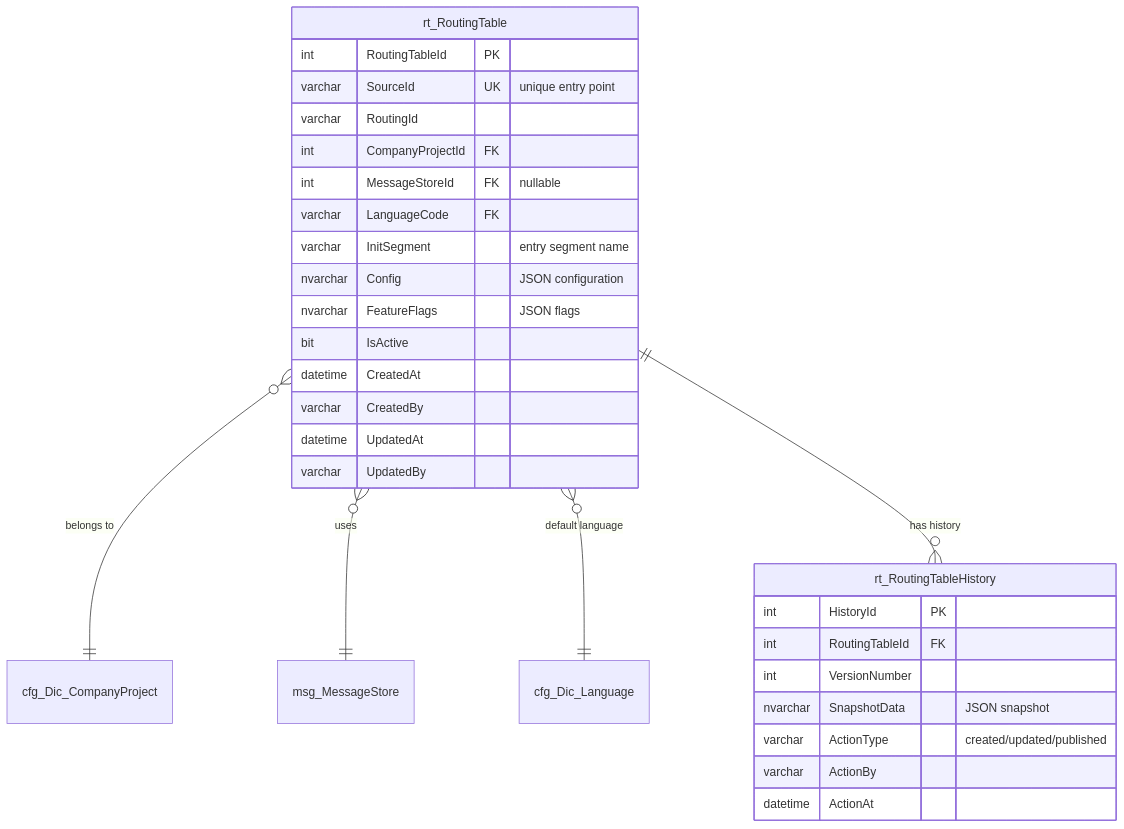
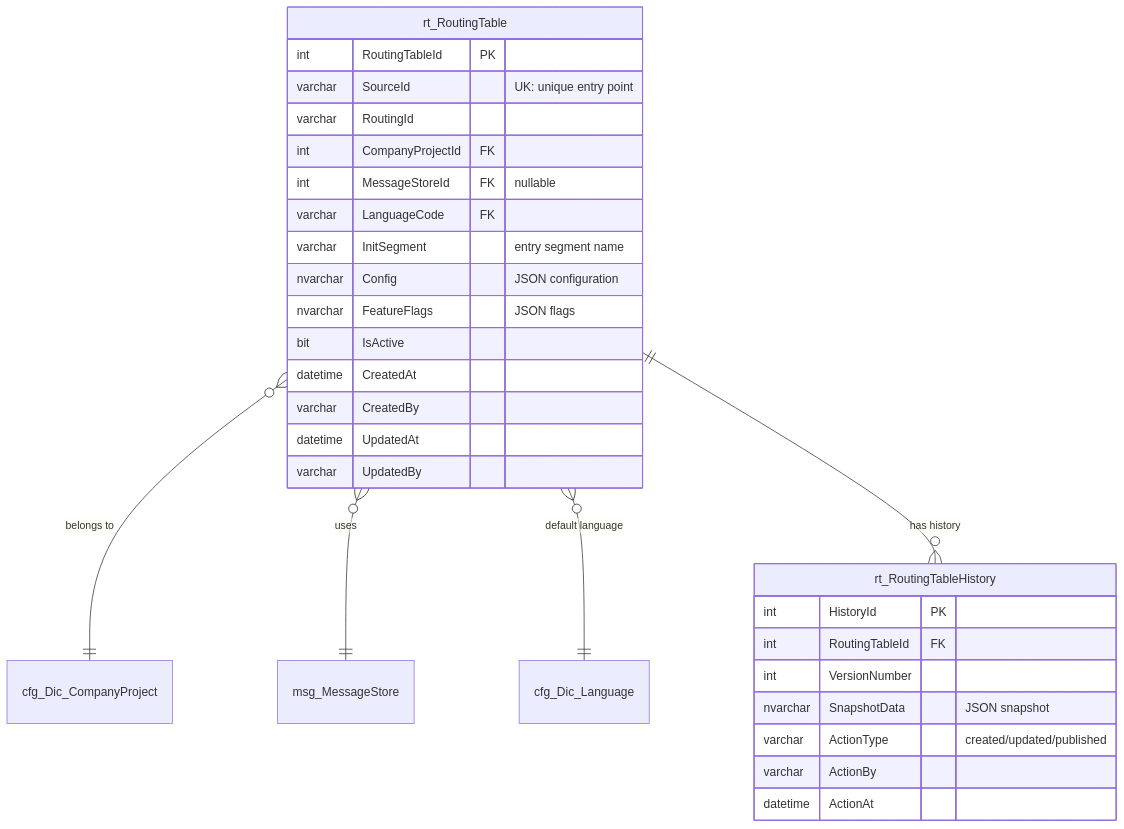
One commit to MertensMattias/routing-data-layer-doc changed the second of 5 diagrams in docs/DATABASE_SCHEMA.md. Above: the diagram before and after it, drawn with Mermaid. The commit also changed other lines of this file and 1 other file, not shown here.

Commit message:
Update DATABASE_SCHEMA.md to clarify unique key annotations and adjust DEVELOPER_GUIDE.md for IVR style color consistency.

````diff
--- a/docs/DATABASE_SCHEMA.md
+++ b/docs/DATABASE_SCHEMA.md
@@ -109,34 +109,34 @@
 ```mermaid
 erDiagram
     rt_RoutingTable }o--|| cfg_Dic_CompanyProject : "belongs to"
     rt_RoutingTable }o--|| msg_MessageStore : "uses"
     rt_RoutingTable }o--|| cfg_Dic_Language : "default language"
     rt_RoutingTable ||--o{ rt_RoutingTableHistory : "has history"
 
     rt_RoutingTable {
         int RoutingTableId PK
-        varchar SourceId UK "unique entry point"
+        varchar SourceId "UK: unique entry point"
         varchar RoutingId
         int CompanyProjectId FK
         int MessageStoreId FK "nullable"
         varchar LanguageCode FK
         varchar InitSegment "entry segment name"
         nvarchar Config "JSON configuration"
         nvarchar FeatureFlags "JSON flags"
         bit IsActive
         datetime CreatedAt
         varchar CreatedBy
         datetime UpdatedAt
         varchar UpdatedBy
     }
 
     rt_RoutingTableHistory {
         int HistoryId PK
         int RoutingTableId FK
         int VersionNumber
         nvarchar SnapshotData "JSON snapshot"
         varchar ActionType "created/updated/published"
         varchar ActionBy
         datetime ActionAt
     }
 ```
````
